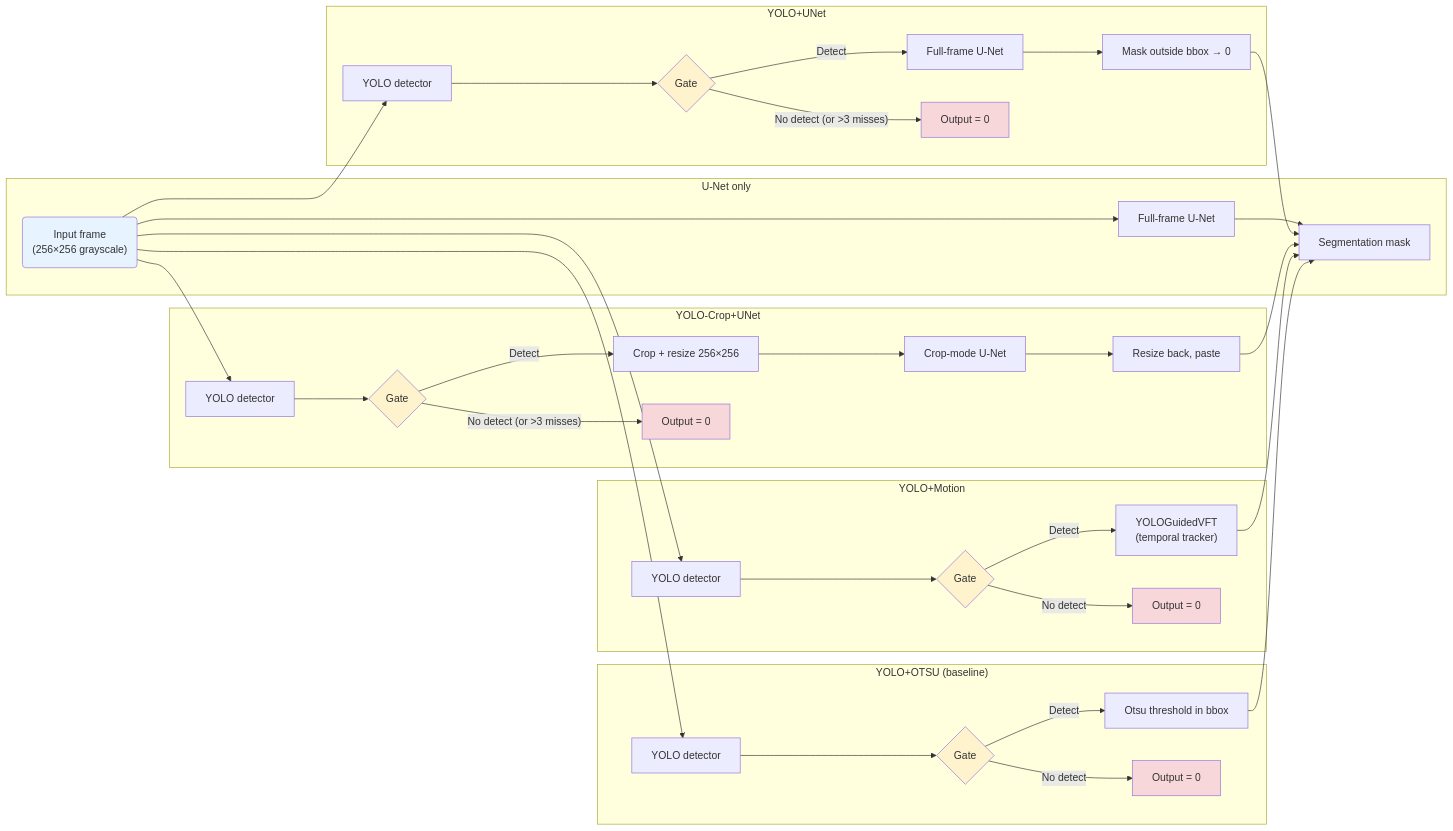
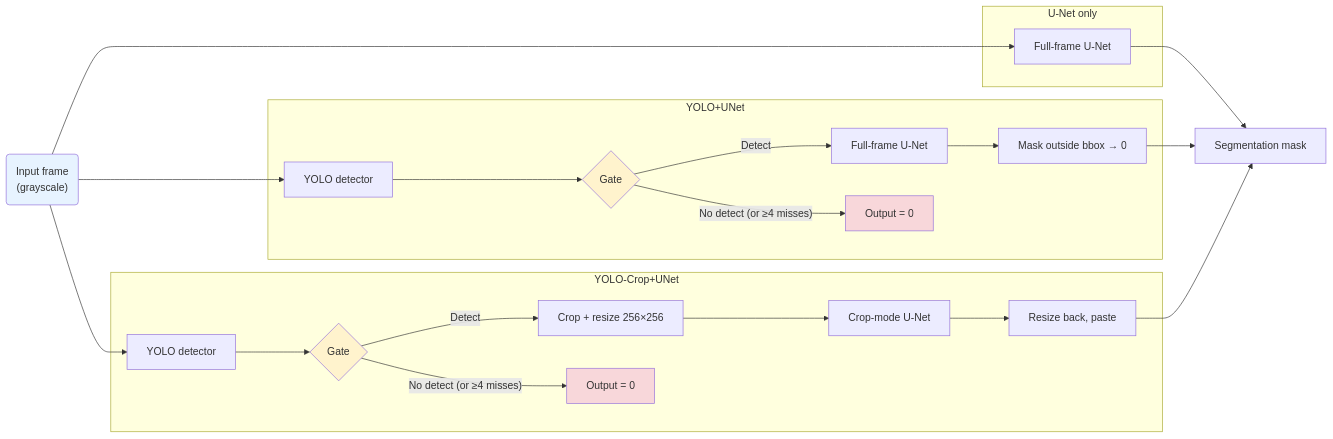
Before and after one commit to hari-krishnan/openglottal: the diagram in paper/fig1_pipeline.mmd, drawn with Mermaid.

Commit message:
Add mermaid src too

```diff
--- a/paper/fig1_pipeline.mmd
+++ b/paper/fig1_pipeline.mmd
@@ -1,67 +1,47 @@
-%% Figure 1: Overview of the five inference pipelines.
+%% Figure 1: Overview of the three main inference pipelines (U-Net only, YOLO+UNet, YOLO-Crop+UNet).
 %% Spelling: use "YOLO detector" and "Gate" (not detectir / Gane). Export at high resolution (e.g. 300 DPI) for publication.
-%% Solid arrows = data flow; gate = output zero when YOLO does not detect (or after ≤3 consecutive misses).
+%% Solid arrows = data flow; gate = output zero when YOLO does not detect (or after ≥4 consecutive misses).
 %% Input and output are outside any subgraph. Use with: mermaid-cli (mmdc) or Mermaid Live Editor.
 
 flowchart LR
 
-    IN("Input frame<br/>(256×256 grayscale)")
+    IN("Input frame<br/>(grayscale)")
     M1["Segmentation mask"]
 
     subgraph unet_only["U-Net only"]
         U1["Full-frame U-Net"]
-        IN --> U1 --> M1
     end
+    IN --> U1 --> M1
 
     subgraph yolo_unet["YOLO+UNet"]
         Y2["YOLO detector"]
         G2{"Gate"}
         U2["Full-frame U-Net"]
         Z2["Mask outside bbox → 0"]
-        IN --> Y2 --> G2
-        G2 -->|"No detect (or &gt;3 misses)"| ZERO2["Output = 0"]
+        Y2 --> G2
+        G2 -->|"No detect (or ≥4 misses)"| ZERO2["Output = 0"]
         G2 -->|"Detect"| U2
-        U2 --> Z2 --> M1
+        U2 --> Z2
     end
+    IN --> Y2
+    Z2 --> M1
 
     subgraph yolo_crop["YOLO-Crop+UNet"]
         Y3["YOLO detector"]
         G3{"Gate"}
         C3["Crop + resize 256×256"]
         U3["Crop-mode U-Net"]
         P3["Resize back, paste"]
-        IN --> Y3 --> G3
-        G3 -->|"No detect (or &gt;3 misses)"| ZERO3["Output = 0"]
+        Y3 --> G3
+        G3 -->|"No detect (or ≥4 misses)"| ZERO3["Output = 0"]
         G3 -->|"Detect"| C3
-        C3 --> U3 --> P3 --> M1
+        C3 --> U3 --> P3
     end
-
-    subgraph yolo_motion["YOLO+Motion"]
-        Y4["YOLO detector"]
-        G4{"Gate"}
-        V4["YOLOGuidedVFT<br/>(temporal tracker)"]
-        IN --> Y4 --> G4
-        G4 -->|"No detect"| ZERO4["Output = 0"]
-        G4 -->|"Detect"| V4
-        V4 --> M1
-    end
-
-    subgraph yolo_otsu["YOLO+OTSU (baseline)"]
-        Y5["YOLO detector"]
-        G5{"Gate"}
-        O5["Otsu threshold in bbox"]
-        IN --> Y5 --> G5
-        G5 -->|"No detect"| ZERO5["Output = 0"]
-        G5 -->|"Detect"| O5
-        O5 --> M1
-    end
+    IN --> Y3
+    P3 --> M1
 
     style G2 fill:#fff3cd
     style G3 fill:#fff3cd
-    style G4 fill:#fff3cd
-    style G5 fill:#fff3cd
     style ZERO2 fill:#f8d7da
     style ZERO3 fill:#f8d7da
-    style ZERO4 fill:#f8d7da
-    style ZERO5 fill:#f8d7da
     style IN fill:#e7f3ff
```
